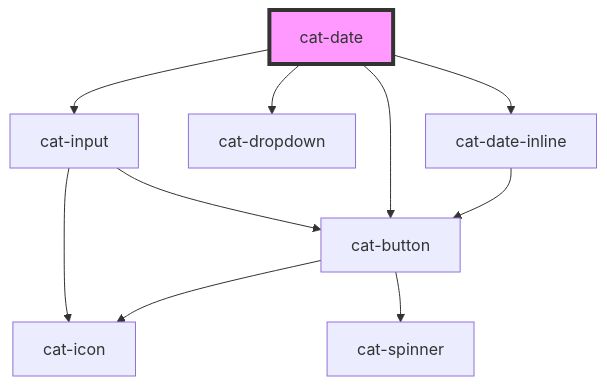
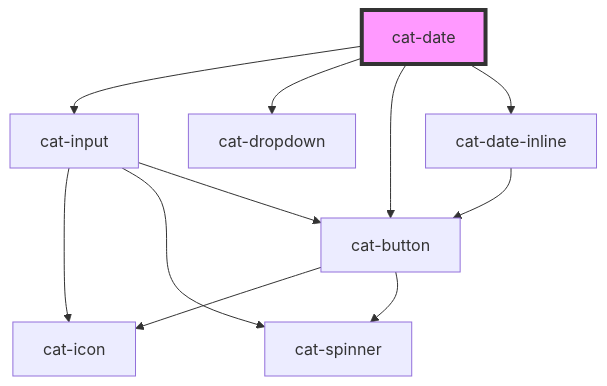
Before and after one commit to haiilo/catalyst: the diagram in core/src/components/cat-date/readme.md, drawn with Mermaid. The commit also changed 10 other files, not shown here.

````diff
--- a/core/src/components/cat-date/readme.md
+++ b/core/src/components/cat-date/readme.md
@@ -102,13 +102,14 @@
 ```mermaid
 graph TD;
   cat-date --> cat-input
   cat-date --> cat-dropdown
   cat-date --> cat-button
   cat-date --> cat-date-inline
   cat-input --> cat-icon
+  cat-input --> cat-spinner
   cat-input --> cat-button
   cat-button --> cat-icon
   cat-button --> cat-spinner
   cat-date-inline --> cat-button
   style cat-date fill:#f9f,stroke:#333,stroke-width:4px
 ```
````
